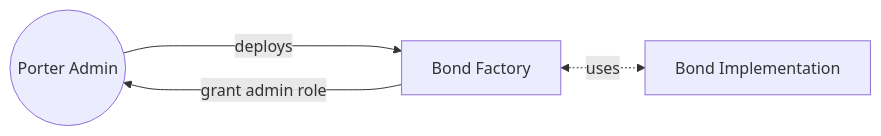
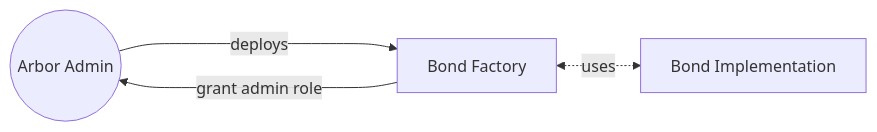
The second of 3 diagrams in spec/architecture.md (alwaysbegrowing/arbor-contracts), drawn with Mermaid before and after one commit. The commit also changed other lines of this file and 12 other files, not shown here.

````diff
--- a/spec/architecture.md
+++ b/spec/architecture.md
@@ -51,11 +51,11 @@
 ```mermaid
 flowchart LR
-   porterAdmin((Porter Admin))
+   arborAdmin((Arbor Admin))
    bondFactory[Bond Factory]
    bond["Bond Implementation"]
 
    bondFactory<-.uses.->bond
-   porterAdmin--deploys---->bondFactory
-   bondFactory--grant admin role---->porterAdmin
+   arborAdmin--deploys---->bondFactory
+   bondFactory--grant admin role---->arborAdmin
 
 ```
````
